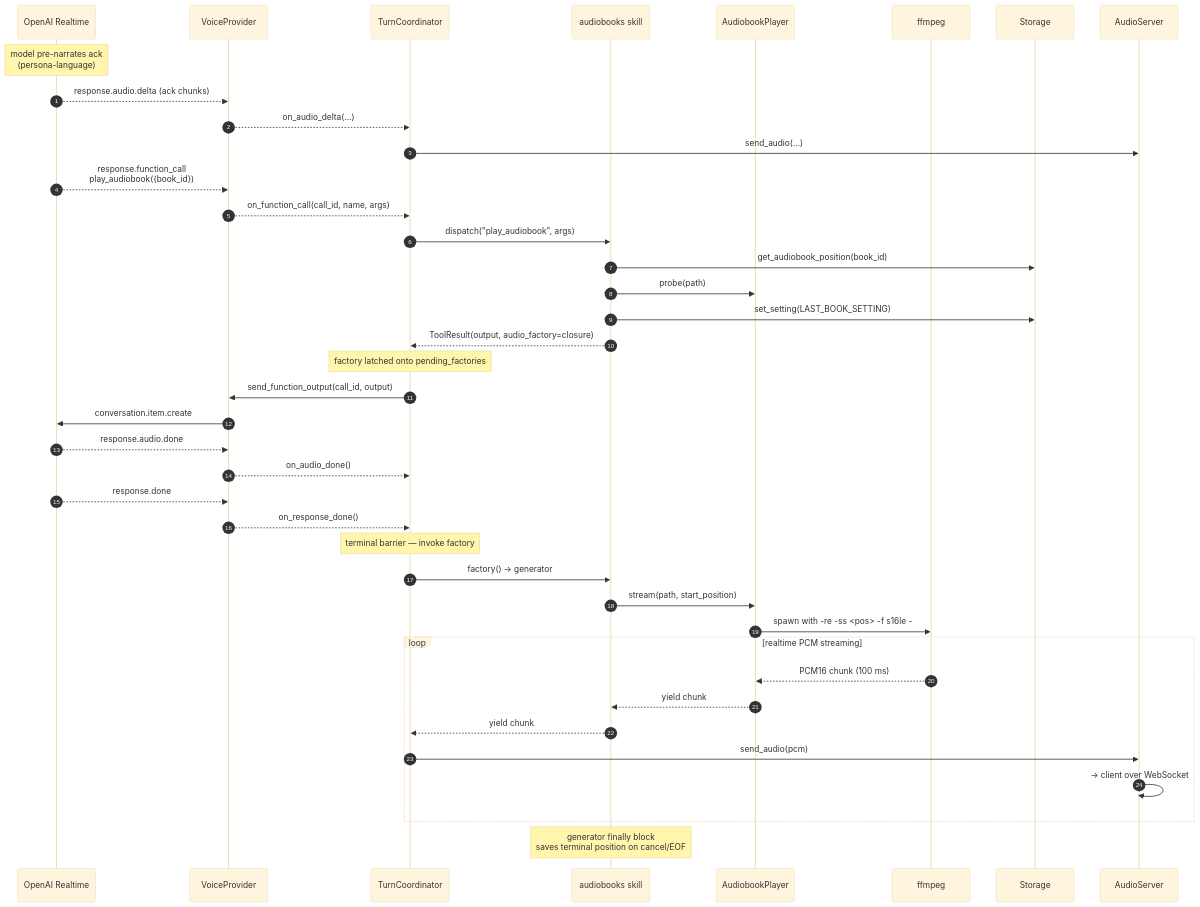
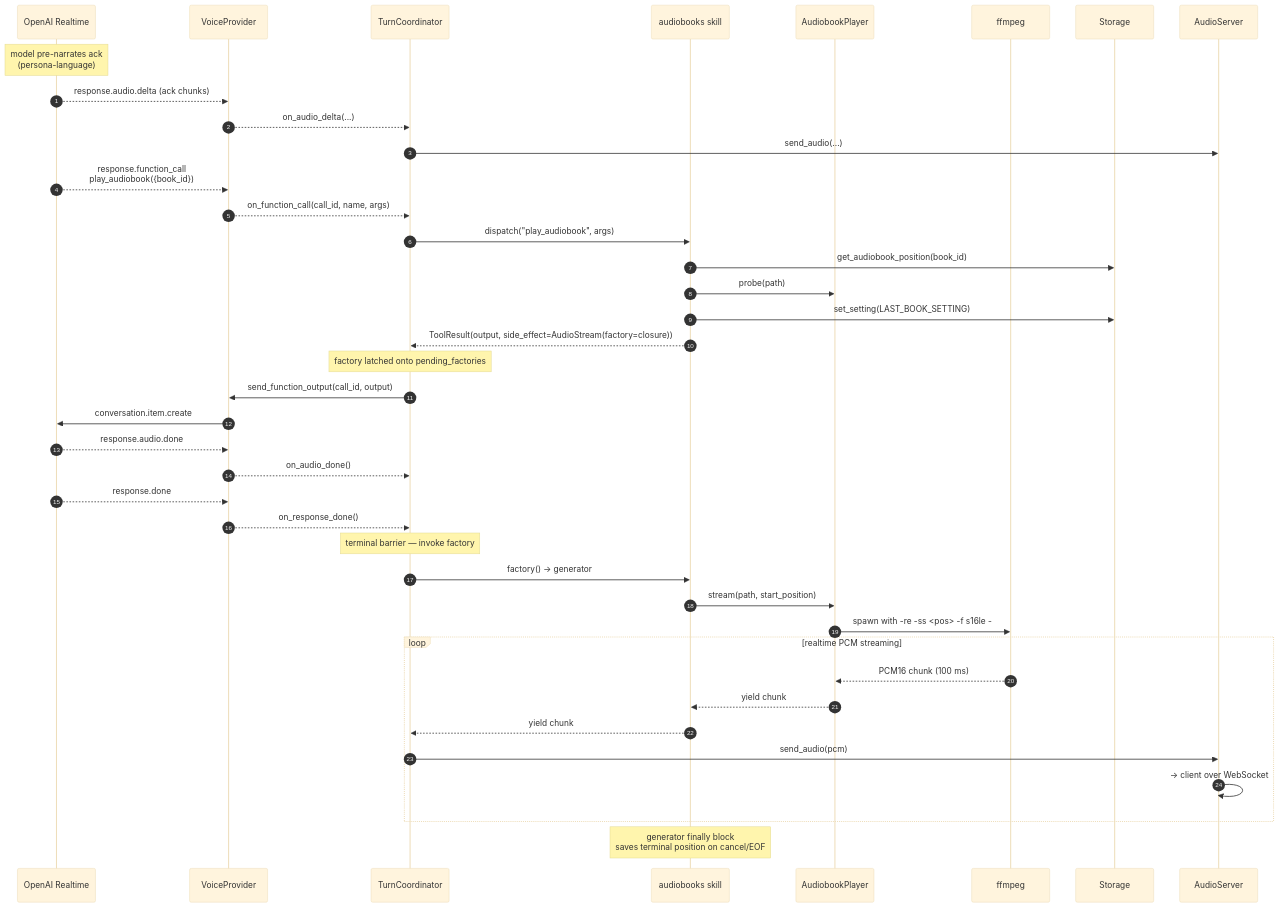
Before and after one commit to ma-r-s/Huxley: the fourth of 5 diagrams in docs/architecture.md, drawn with Mermaid (base theme). The commit also changed other lines of this file and 15 other files, not shown here.

First line of the commit message:
refactor(sdk): stage 3 — audio_factory → side_effect: SideEffect | None

````diff
--- a/docs/architecture.md
+++ b/docs/architecture.md
@@ -128,43 +128,43 @@
 ```mermaid
 sequenceDiagram
     autonumber
     participant LLM as OpenAI Realtime
     participant Sess as VoiceProvider
     participant Coord as TurnCoordinator
     participant Skill as audiobooks skill
     participant Player as AudiobookPlayer
     participant Ffmpeg as ffmpeg
     participant DB as Storage
     participant WS as AudioServer
 
     Note over LLM: model pre-narrates ack<br/>(persona-language)
     LLM-->>Sess: response.audio.delta (ack chunks)
     Sess-->>Coord: on_audio_delta(...)
     Coord->>WS: send_audio(...)
     LLM-->>Sess: response.function_call<br/>play_audiobook({book_id})
     Sess-->>Coord: on_function_call(call_id, name, args)
     Coord->>Skill: dispatch("play_audiobook", args)
     Skill->>DB: get_audiobook_position(book_id)
     Skill->>Player: probe(path)
     Skill->>DB: set_setting(LAST_BOOK_SETTING)
-    Skill-->>Coord: ToolResult(output, audio_factory=closure)
+    Skill-->>Coord: ToolResult(output, side_effect=AudioStream(factory=closure))
     Note over Coord: factory latched onto pending_factories
     Coord->>Sess: send_function_output(call_id, output)
     Sess->>LLM: conversation.item.create
     LLM-->>Sess: response.audio.done
     Sess-->>Coord: on_audio_done()
     LLM-->>Sess: response.done
     Sess-->>Coord: on_response_done()
     Note over Coord: terminal barrier — invoke factory
     Coord->>Skill: factory() → generator
     Skill->>Player: stream(path, start_position)
     Player->>Ffmpeg: spawn with -re -ss <pos> -f s16le -
     loop realtime PCM streaming
         Ffmpeg-->>Player: PCM16 chunk (100 ms)
         Player-->>Skill: yield chunk
         Skill-->>Coord: yield chunk
         Coord->>WS: send_audio(pcm)
         WS->>WS: → client over WebSocket
     end
     Note over Skill: generator finally block<br/>saves terminal position on cancel/EOF
 ```
````
